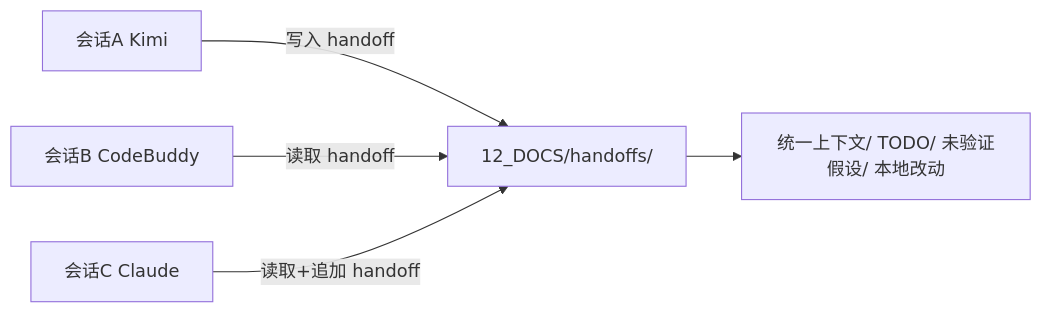
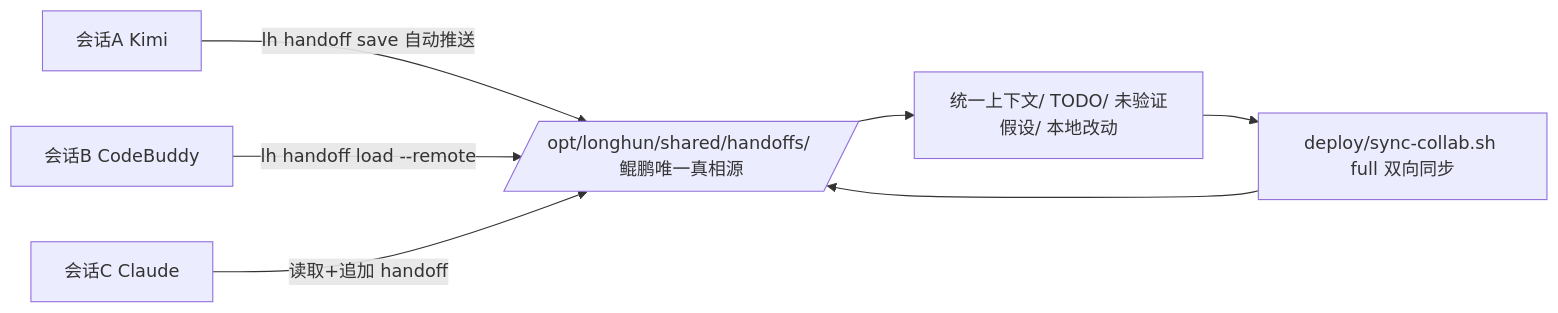
The diagram in 01_protocols/LH-AI-HANDOFF-v1.0.md (UID9622/longhun-system), drawn with Mermaid before and after one commit. The commit also changed other lines of this file and 16 other files, not shown here.

Commit message:
🐉 鲲鹏协作中枢v1.0: /opt/longhun/shared唯一真相源 + Web /collab/ 快速导航 + sync-collab.sh双向同步 + lh_handoff v2.0自动推送鲲鹏 + 文档统一矩阵(12_DOCS/collab/)

````diff
--- a/01_protocols/LH-AI-HANDOFF-v1.0.md
+++ b/01_protocols/LH-AI-HANDOFF-v1.0.md
@@ -28,7 +37,9 @@
 ```mermaid
 flowchart LR
-    A[会话A Kimi] -->|写入 handoff| B[12_DOCS/handoffs/]
-    C[会话B CodeBuddy] -->|读取 handoff| B
+    A[会话A Kimi] -->|lh handoff save 自动推送| B[/opt/longhun/shared/handoffs/ 鲲鹏唯一真相源/]
+    C[会话B CodeBuddy] -->|lh handoff load --remote| B
     D[会话C Claude] -->|读取+追加 handoff| B
     B --> E[统一上下文/ TODO/ 未验证假设/ 本地改动]
+    E --> F[deploy/sync-collab.sh full 双向同步]
+    F --> B
 ```
````
